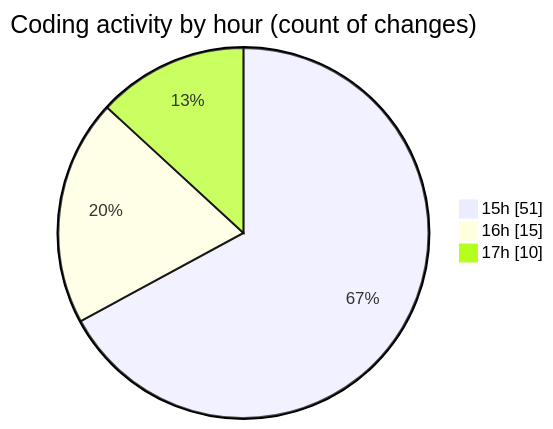
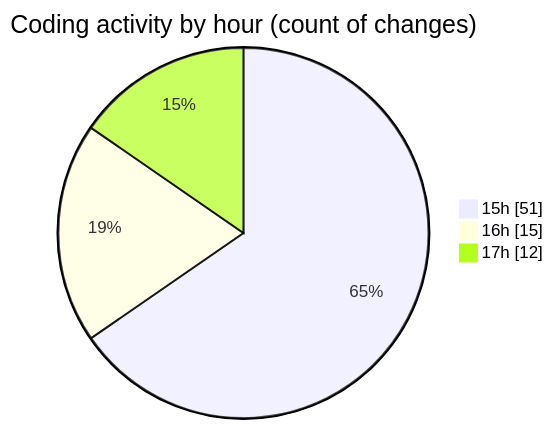
Before and after one commit to Elitesun/code-tracking: the second of 2 diagrams in 2025-05-10/elitesun/README.md, drawn with Mermaid. The commit also changed other lines of this file and 1 other file, not shown here.

````diff
--- a/2025-05-10/elitesun/README.md
+++ b/2025-05-10/elitesun/README.md
@@ -59,7 +59,7 @@
 ```mermaid
 pie showData
 title Coding activity by hour (count of changes)
 "15h" : 51
 "16h" : 15
-"17h" : 10
+"17h" : 12
 ```
````
